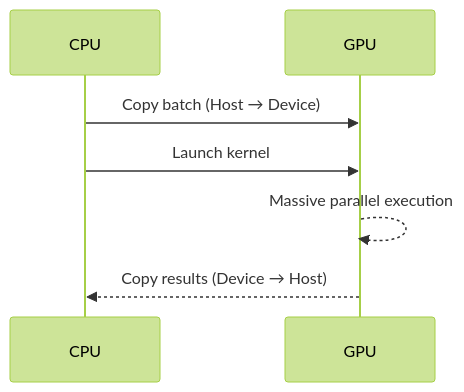
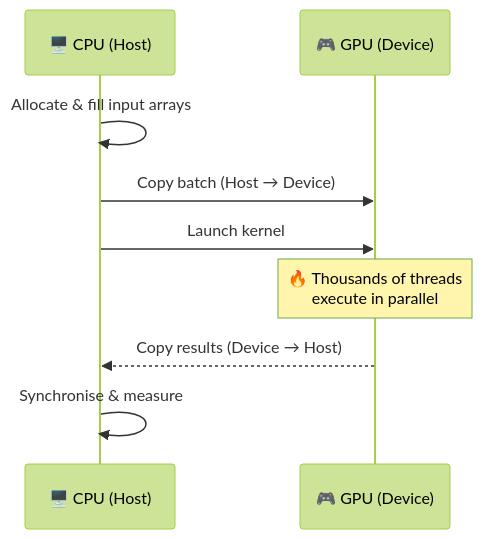
One commit to SolidRegardless/GpuStreamingDemo changed the fourth of 5 diagrams in README.md. Above: the diagram before and after it, drawn with Mermaid (forest theme). The commit also changed other lines of this file, not shown here.

Commit message:
docs: overhaul README with pluggable benchmark architecture, results, and mermaid diagrams

````diff
--- a/README.md
+++ b/README.md
@@ -180,10 +271,12 @@
 ```mermaid
 sequenceDiagram
-    participant CPU
-    participant GPU
+    participant Host as 🖥️ CPU (Host)
+    participant Device as 🎮 GPU (Device)
 
-    CPU->>GPU: Copy batch (Host → Device)
-    CPU->>GPU: Launch kernel
-    GPU-->>GPU: Massive parallel execution
-    GPU-->>CPU: Copy results (Device → Host)
+    Host->>Host: Allocate & fill input arrays
+    Host->>Device: Copy batch (Host → Device)
+    Host->>Device: Launch kernel
+    Note over Device: 🔥 Thousands of threads<br/>execute in parallel
+    Device-->>Host: Copy results (Device → Host)
+    Host->>Host: Synchronise & measure
 ```
````
